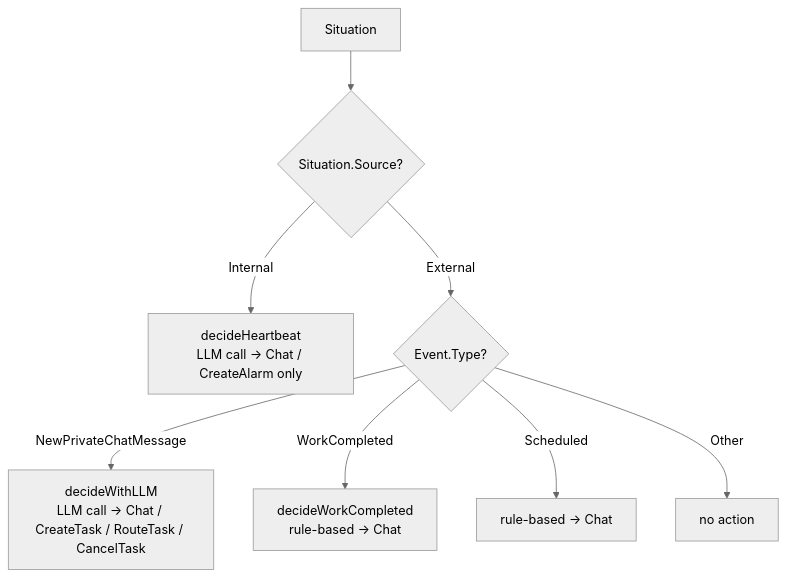
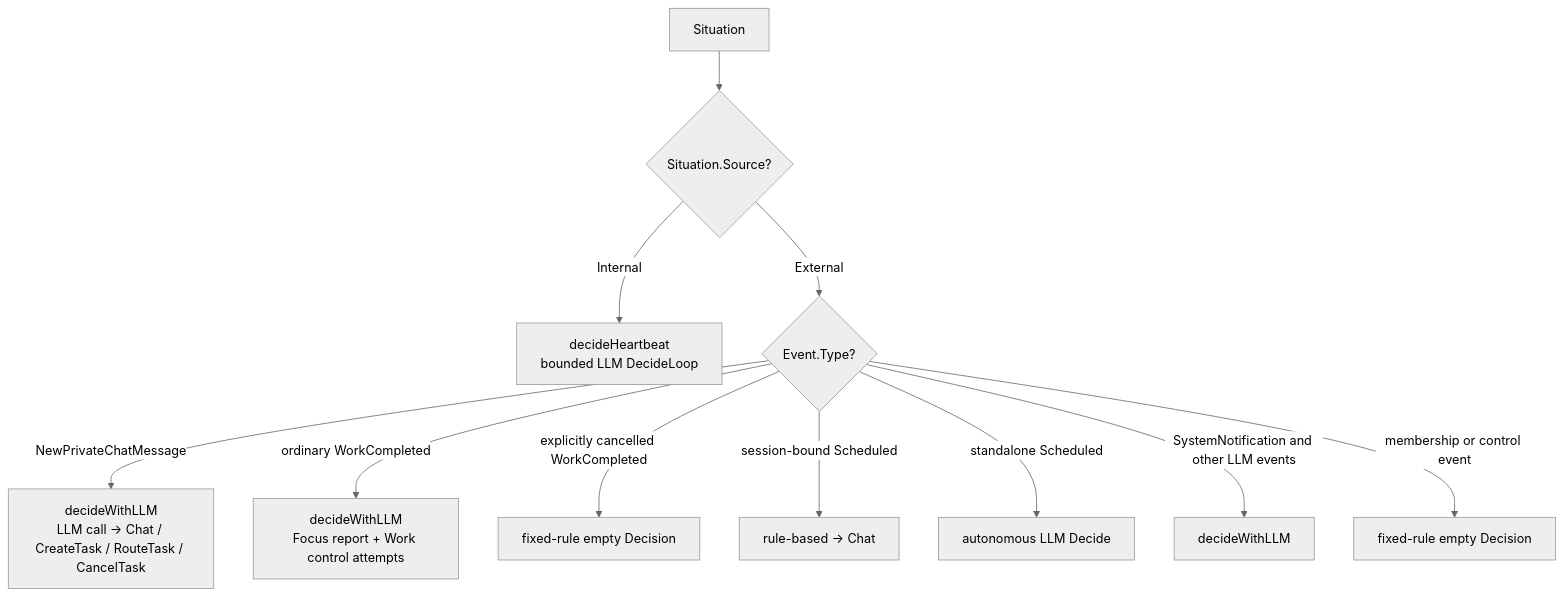
The fifth of 10 diagrams in doc/engineering_implements/agent-runtime-event-loop.md (KoanJan/qingqiu-world), drawn with Mermaid (neutral theme) before and after one commit. The commit also changed other lines of this file and 145 other files, not shown here.

````diff
--- a/doc/engineering_implements/agent-runtime-event-loop.md
+++ b/doc/engineering_implements/agent-runtime-event-loop.md
@@ -307,10 +308,13 @@
 ```mermaid
 flowchart TD
     Input["Situation"] --> Source{"Situation.Source?"}
-    Source -->|Internal| HB["decideHeartbeat<br/>LLM call → Chat / CreateAlarm only"]
+    Source -->|Internal| HB["decideHeartbeat<br/>bounded LLM DecideLoop"]
     Source -->|External| EventType{Event.Type?}
     EventType -->|NewPrivateChatMessage| LLM["decideWithLLM<br/>LLM call → Chat / CreateTask / RouteTask / CancelTask"]
-    EventType -->|WorkCompleted| RuleWork["decideWorkCompleted<br/>rule-based → Chat"]
-    EventType -->|Scheduled| RuleSched["rule-based → Chat"]
-    EventType -->|Other| NoOp["no action"]
+    EventType -->|ordinary WorkCompleted| WorkResult["decideWithLLM<br/>Focus report + Work control attempts"]
+    EventType -->|explicitly cancelled WorkCompleted| Cancelled["fixed-rule empty Decision"]
+    EventType -->|session-bound Scheduled| RuleSched["rule-based → Chat"]
+    EventType -->|standalone Scheduled| AlarmDecide["autonomous LLM Decide"]
+    EventType -->|SystemNotification and other LLM events| OtherLLM["decideWithLLM"]
+    EventType -->|membership or control event| NoOp["fixed-rule empty Decision"]
 ```
````
